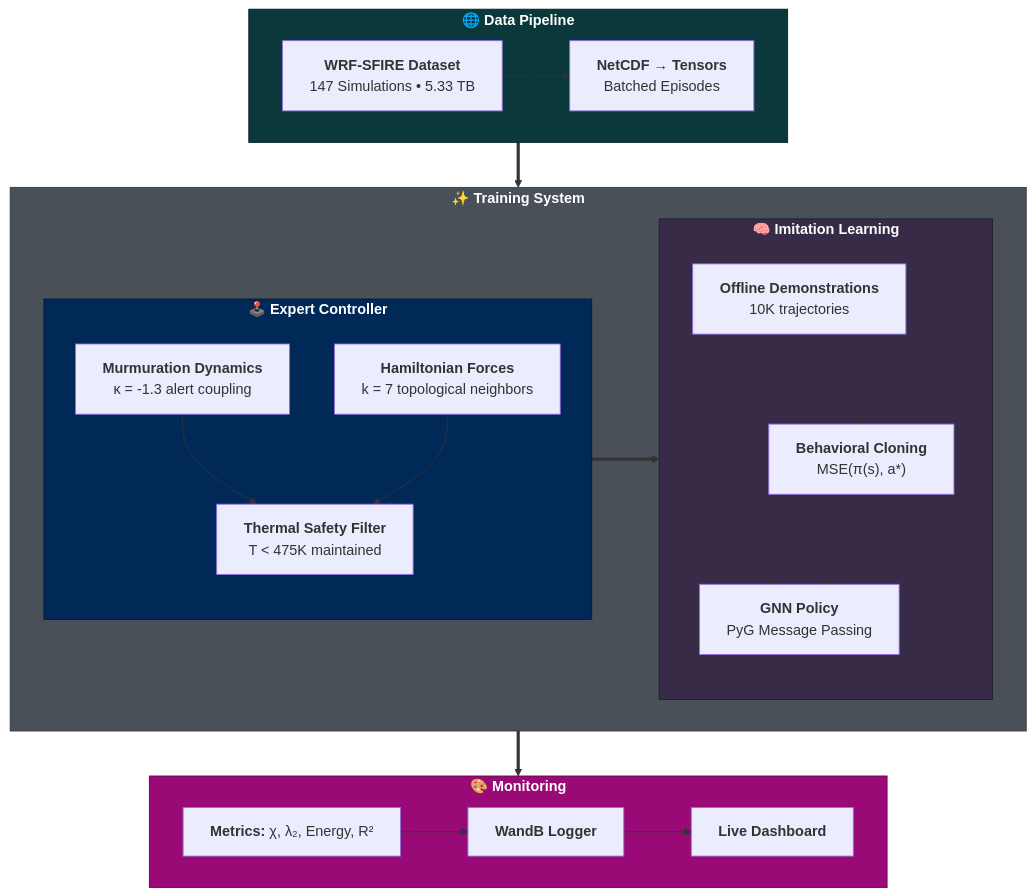
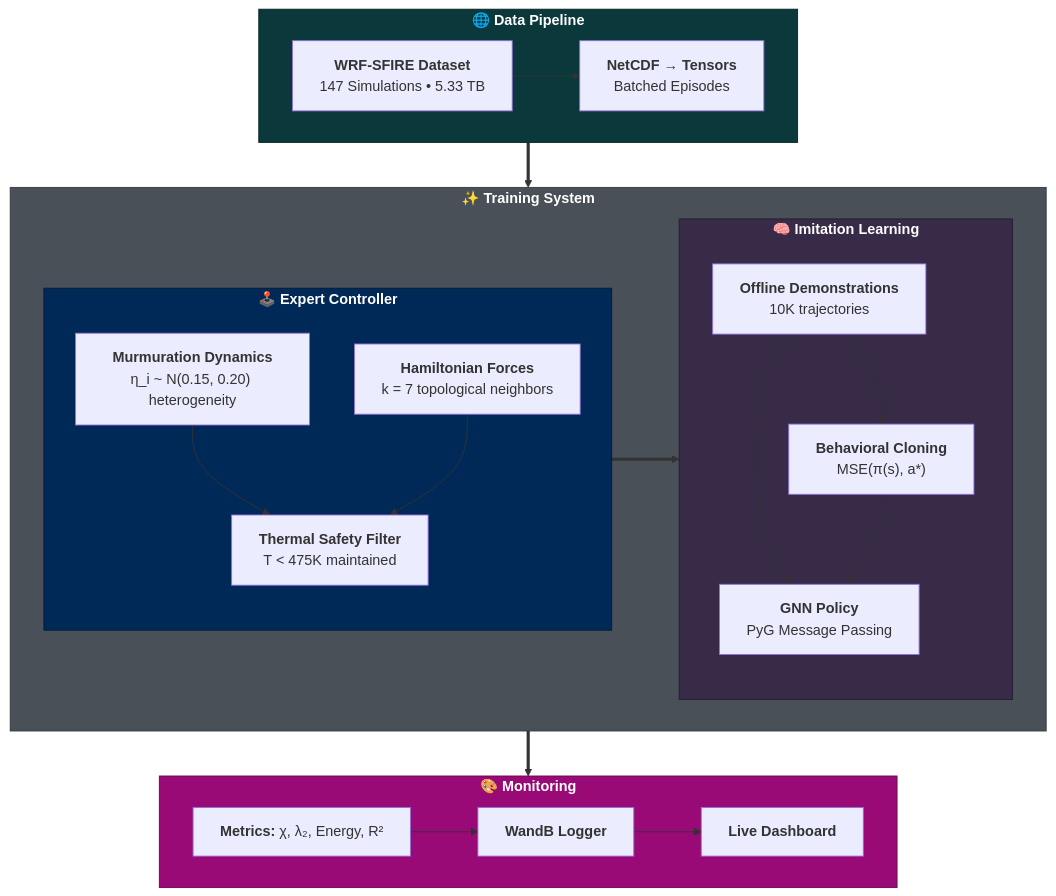
Before and after one commit to Jybbs/Thermur: the diagram in README.md, drawn with Mermaid. The commit also changed other lines of this file and 5 other files, not shown here.

````diff
--- a/README.md
+++ b/README.md
@@ -74,48 +74,48 @@
 ```mermaid
 flowchart TB
     subgraph Data["🌐 <b>Data Pipeline</b>"]
         A["<b>WRF-SFIRE Dataset</b><br/>147 Simulations • 5.33 TB"]
         B["<b>NetCDF → Tensors</b><br/>Batched Episodes"]
         A --> B
     end
 
     subgraph Training["✨ <b>Training System</b>"]
         subgraph Expert["🕹️ <b>Expert Controller</b>"]
             direction TB
-            C["<b>Murmuration Dynamics</b><br/>κ = -1.3 alert coupling"]
+            C["<b>Murmuration Dynamics</b><br/>η_i ~ N(0.15, 0.20) heterogeneity"]
             D["<b>Hamiltonian Forces</b><br/>k = 7 topological neighbors"]
             E["<b>Thermal Safety Filter</b><br/>T < 475K maintained"]
             C --> E
             D --> E
         end
 
         subgraph Learning["🧠 <b>Imitation Learning</b>"]
             direction TB
             F["<b>Offline Demonstrations</b><br/>10K trajectories"]
             G["<b>GNN Policy</b><br/>PyG Message Passing"]
             H["<b>Behavioral Cloning</b><br/>MSE(π(s), a*)"]
             F --> G
             F --> H
         end
 
         E ==> F
         H -.-> G
     end
 
     subgraph Monitor["🎨 <b>Monitoring</b>"]
         I["<b>Metrics:</b> χ, λ₂, Energy, R²"]
         J["<b>WandB Logger</b>"]
         K["<b>Live Dashboard</b>"]
         I --> J
         J --> K
     end
 
     Data ==> Training
     Training ==> Monitor
 
     style Data fill:#0b393b,stroke:#052123,color:#fff
     style Training fill:#495057,stroke:#343a40,color:#fff
     style Expert fill:#002958,stroke:#001a39,color:#fff
     style Learning fill:#372B47,stroke:#251d32,color:#fff
     style Monitor fill:#990a77,stroke:#660550,color:#fff
 ```
````
